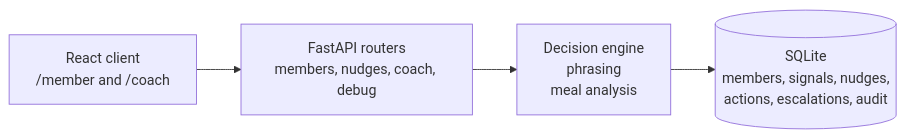
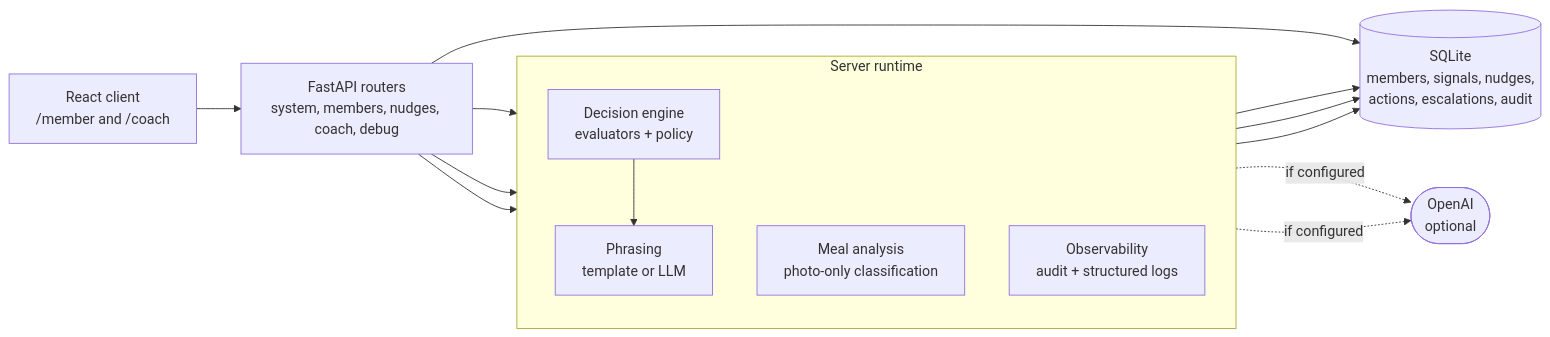
One commit to teekamchandmandan/context-aware-health-nudge changed the diagram in docs/plan.md. Above: the diagram before and after it, drawn with Mermaid. The commit also changed other lines of this file and 23 other files, not shown here.

````diff
--- a/docs/plan.md
+++ b/docs/plan.md
@@ -58,11 +58,28 @@
 ```mermaid
 flowchart LR
     Client["React client<br/>/member and /coach"]
-    API["FastAPI routers<br/>members, nudges, coach, debug"]
-    Engine["Decision engine<br/>phrasing<br/>meal analysis"]
+    API["FastAPI routers<br/>system, members, nudges, coach, debug"]
+
+    subgraph Runtime["Server runtime"]
+        direction TB
+        Engine["Decision engine<br/>evaluators + policy"]
+        Phrasing["Phrasing<br/>template or LLM"]
+        Meal["Meal analysis<br/>photo-only classification"]
+        Obs["Observability<br/>audit + structured logs"]
+    end
+
     Data[("SQLite<br/>members, signals, nudges,<br/>actions, escalations, audit")]
+    OAI(["OpenAI<br/>optional"])
 
     Client --> API
     API --> Engine
+    API --> Meal
+    API --> Data
+    API --> Obs
+    Engine --> Phrasing
     Engine --> Data
+    Phrasing --> Data
+    Meal --> Data
+    Phrasing -. "if configured" .-> OAI
+    Meal -. "if configured" .-> OAI
 ```
````
